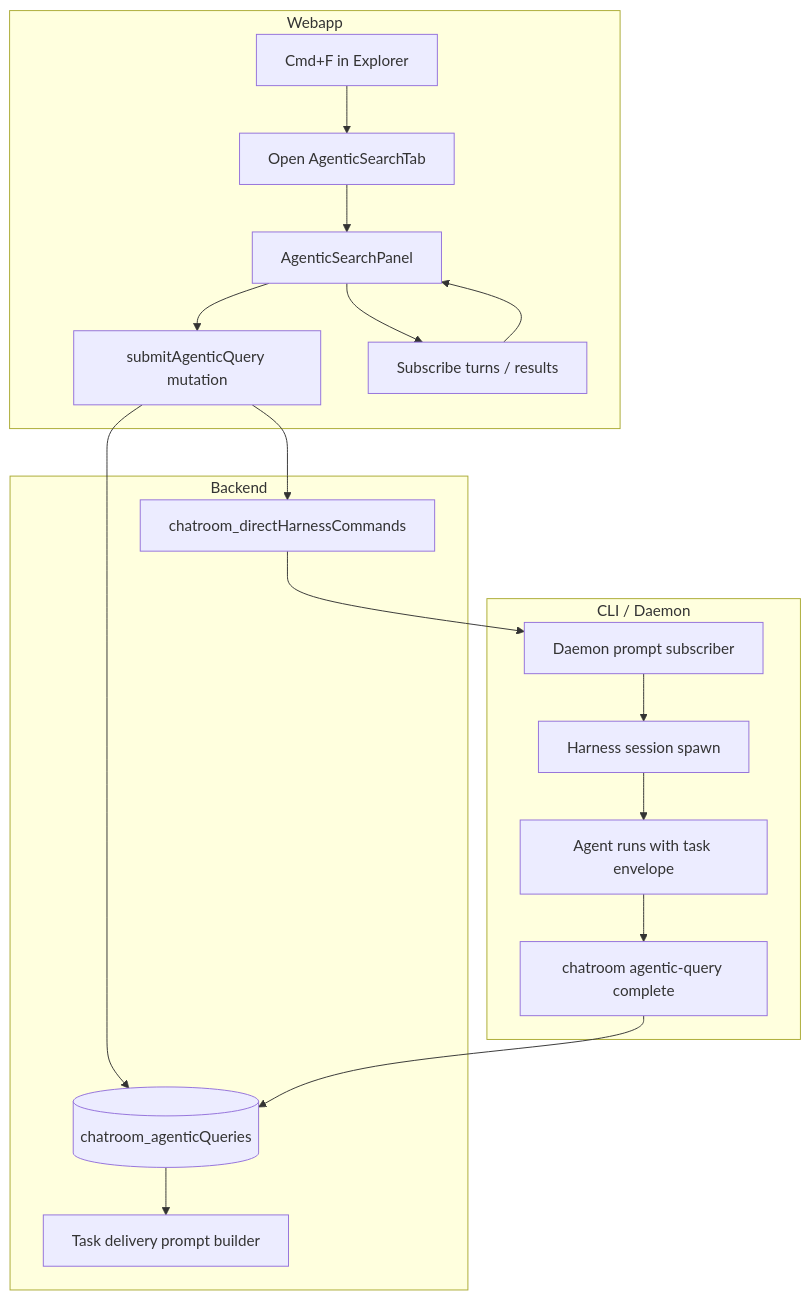
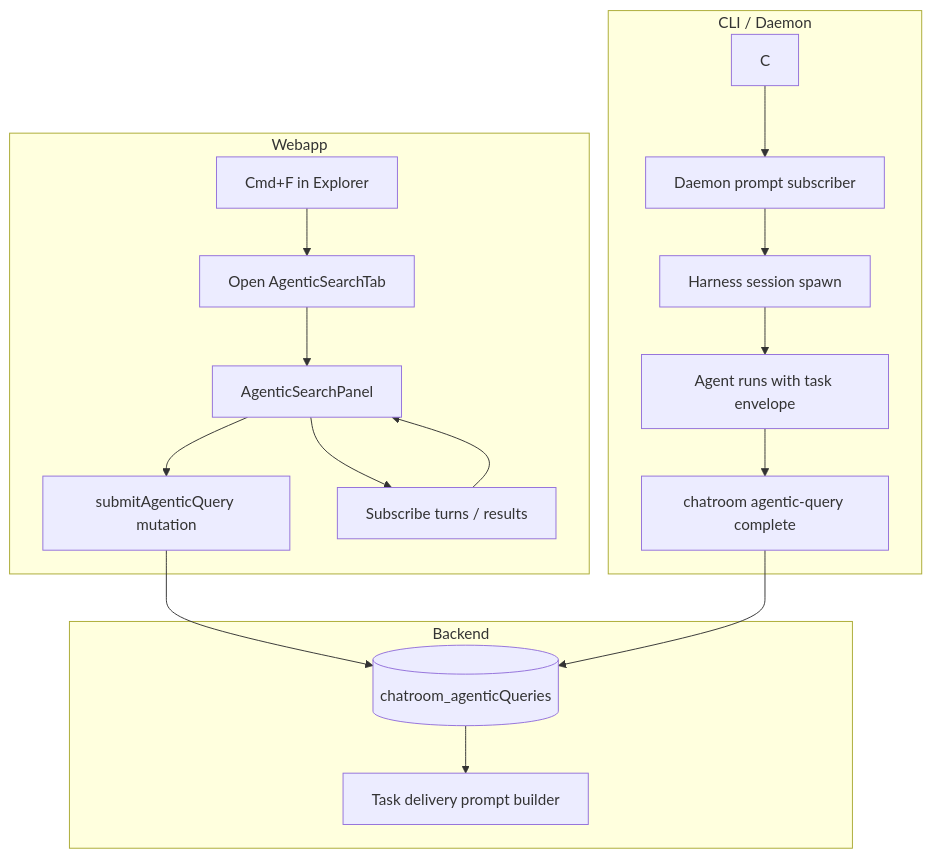
The diagram in docs/plans/agentic-search-ask.md (conradkoh/chatroom), drawn with Mermaid before and after one commit. The commit also changed other lines of this file and 7 other files, not shown here.

Commit message:
docs: remove direct harness documentation and update plans

````diff
--- a/docs/plans/agentic-search-ask.md
+++ b/docs/plans/agentic-search-ask.md
@@ -30,25 +30,24 @@
 ```mermaid
 flowchart TD
     subgraph Webapp
         K[Cmd+F in Explorer] --> T[Open AgenticSearchTab]
         T --> P[AgenticSearchPanel]
         P --> M[submitAgenticQuery mutation]
         P --> R[Subscribe turns / results]
     end
 
     subgraph Backend
         M --> S[(chatroom_agenticQueries)]
-        M --> C[chatroom_directHarnessCommands]
         S --> TD[Task delivery prompt builder]
     end
 
     subgraph CLI / Daemon
         C --> D[Daemon prompt subscriber]
         D --> H[Harness session spawn]
         H --> A[Agent runs with task envelope]
         A --> CLI[chatroom agentic-query complete]
         CLI --> S
     end
 
     R --> P
 ```
````
